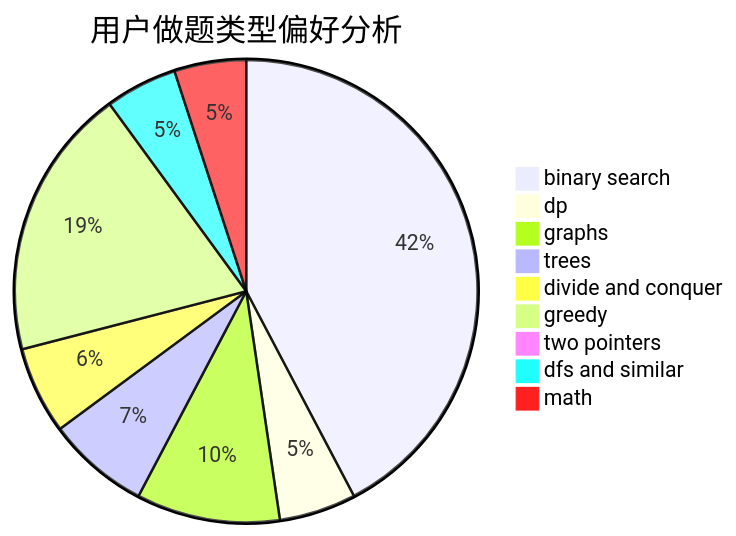
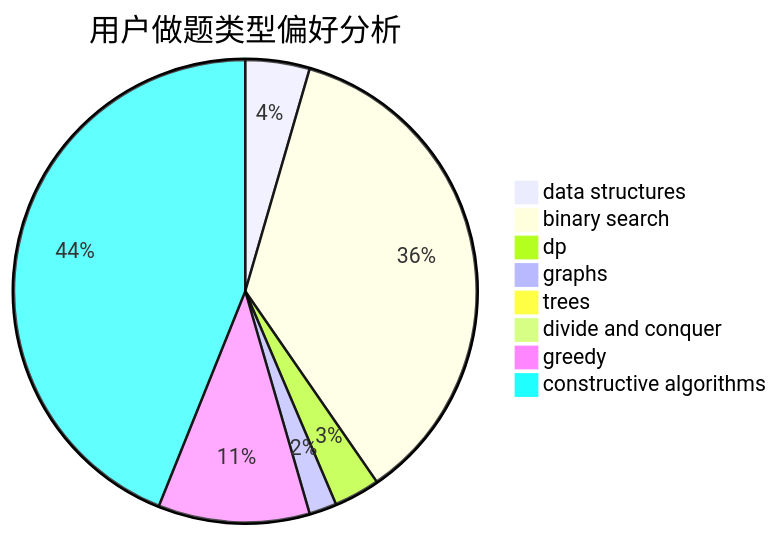
One commit to sherpahu/cfrs.github.io changed the second of 3 diagrams in docs/user/u1103.md. Above: the diagram before and after it, drawn with Mermaid. The commit also changed other lines of this file and 2775 other files, not shown here.

````diff
--- a/docs/user/u1103.md
+++ b/docs/user/u1103.md
@@ -23,12 +23,11 @@
 ```mermaid
 pie title 用户做题类型偏好分析
-    "binary search" :  118
-    "dp" :  15
-    "graphs" :  28
-    "trees" :  20
-    "divide and conquer" :  17
-    "greedy" :  53
-    "two pointers" :  0
-    "dfs and similar" :  14
-    "math" :  14
+    "data structures" :  14
+    "binary search" :  112
+    "dp" :  10
+    "graphs" :  6
+    "trees" :  0
+    "divide and conquer" :  0
+    "greedy" :  33
+    "constructive algorithms" :  137
 ```
````
